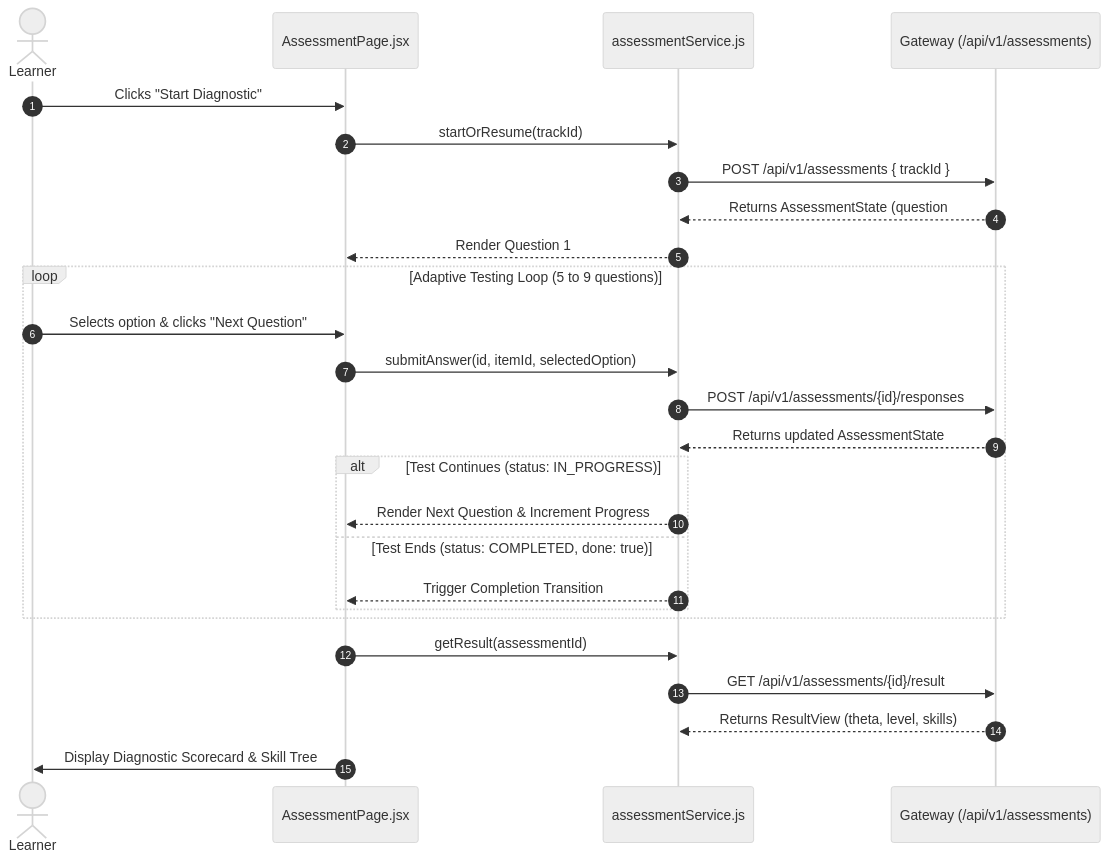
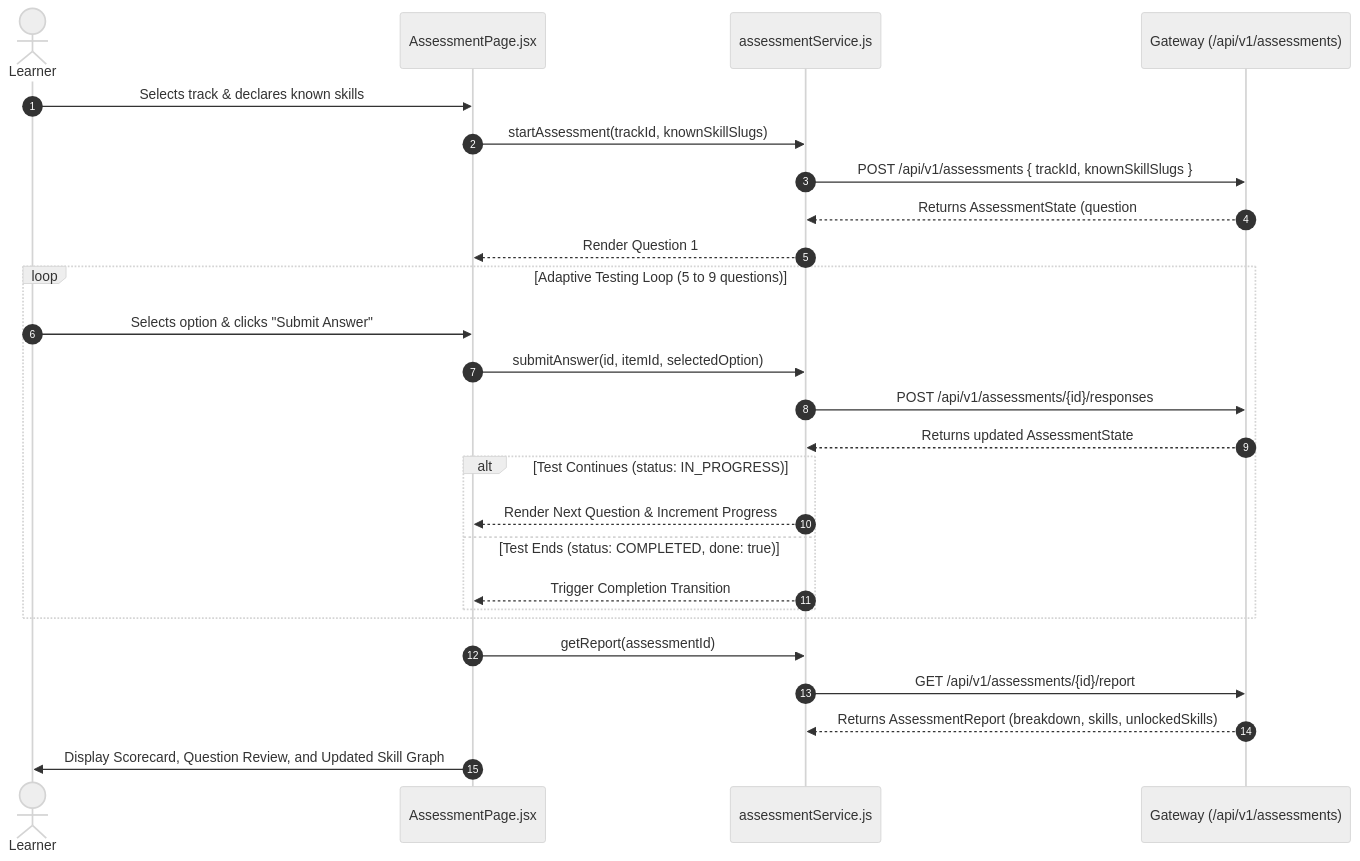
One commit to LNCT-Unix/AI-Powered-Upskilling-Platform changed the diagram in docs/frontend/ASSESSMENT_INTEGRATION_GUIDE.md. Above: the diagram before and after it, drawn with Mermaid (neutral theme). The commit also changed other lines of this file and 11 other files, not shown here.

Commit message:
update project context and API architecture documentation

````diff
--- a/docs/frontend/ASSESSMENT_INTEGRATION_GUIDE.md
+++ b/docs/frontend/ASSESSMENT_INTEGRATION_GUIDE.md
@@ -17,31 +17,31 @@
 ```mermaid
 sequenceDiagram
     autonumber
     actor Learner
     participant Web as AssessmentPage.jsx
     participant Service as assessmentService.js
     participant GW as Gateway (/api/v1/assessments)
 
-    Learner->>Web: Clicks "Start Diagnostic"
-    Web->>Service: startOrResume(trackId)
-    Service->>GW: POST /api/v1/assessments { trackId }
+    Learner->>Web: Selects track & declares known skills
+    Web->>Service: startAssessment(trackId, knownSkillSlugs)
+    Service->>GW: POST /api/v1/assessments { trackId, knownSkillSlugs }
     GW-->>Service: Returns AssessmentState (question #1, answered: 0)
     Service-->>Web: Render Question 1
     
     loop Adaptive Testing Loop (5 to 9 questions)
-        Learner->>Web: Selects option & clicks "Next Question"
+        Learner->>Web: Selects option & clicks "Submit Answer"
         Web->>Service: submitAnswer(id, itemId, selectedOption)
         Service->>GW: POST /api/v1/assessments/{id}/responses
         GW-->>Service: Returns updated AssessmentState
         alt Test Continues (status: IN_PROGRESS)
             Service-->>Web: Render Next Question & Increment Progress
         else Test Ends (status: COMPLETED, done: true)
             Service-->>Web: Trigger Completion Transition
         end
     end
 
-    Web->>Service: getResult(assessmentId)
-    Service->>GW: GET /api/v1/assessments/{id}/result
-    GW-->>Service: Returns ResultView (theta, level, skills)
-    Web->>Learner: Display Diagnostic Scorecard & Skill Tree
+    Web->>Service: getReport(assessmentId)
+    Service->>GW: GET /api/v1/assessments/{id}/report
+    GW-->>Service: Returns AssessmentReport (breakdown, skills, unlockedSkills)
+    Web->>Learner: Display Scorecard, Question Review, and Updated Skill Graph
 ```
````
